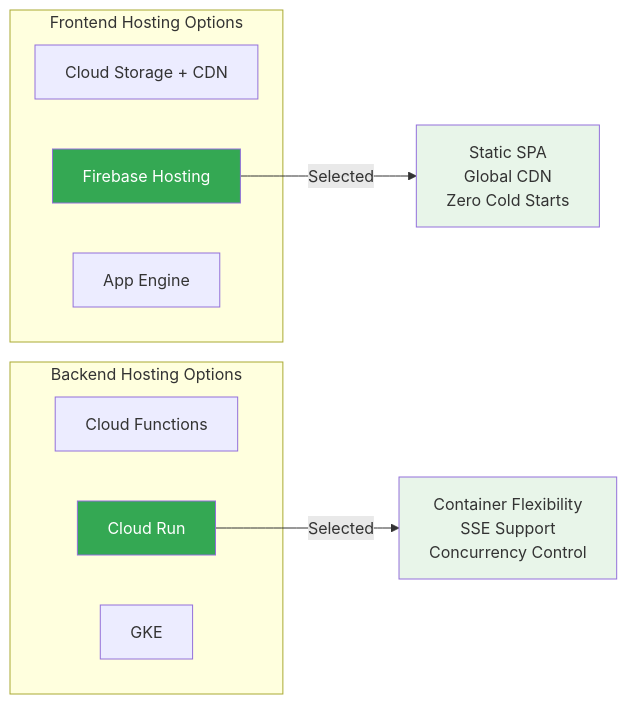
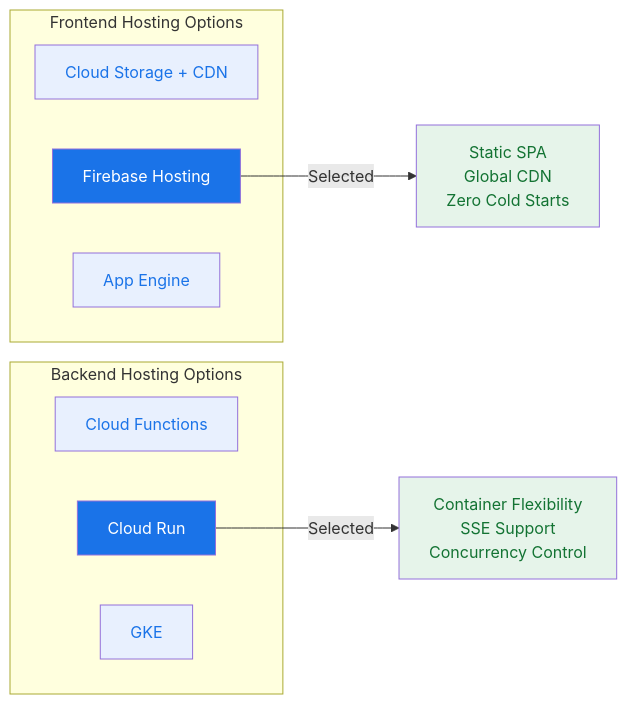
Before and after one commit to gadekar-pravin/InsightAgent: the second of 23 diagrams in ARCHITECTURE.md, drawn with Mermaid. The commit also changed other lines of this file, not shown here.

First line of the commit message:
Implement consistent color theme for all Mermaid diagrams

````diff
--- a/ARCHITECTURE.md
+++ b/ARCHITECTURE.md
@@ -86,22 +102,26 @@
 ```mermaid
 flowchart LR
     subgraph "Frontend Hosting Options"
         A[Cloud Storage + CDN]
         B[Firebase Hosting]
         C[App Engine]
     end
 
     subgraph "Backend Hosting Options"
         D[Cloud Functions]
         E[Cloud Run]
         F[GKE]
     end
 
     B -->|Selected| FRONTEND[Static SPA<br/>Global CDN<br/>Zero Cold Starts]
     E -->|Selected| BACKEND[Container Flexibility<br/>SSE Support<br/>Concurrency Control]
 
-    style B fill:#34A853,color:#fff
-    style E fill:#34A853,color:#fff
-    style FRONTEND fill:#E8F5E9
-    style BACKEND fill:#E8F5E9
+    style A fill:#E8F0FE,color:#1A73E8
+    style B fill:#1A73E8,color:#fff
+    style C fill:#E8F0FE,color:#1A73E8
+    style D fill:#E8F0FE,color:#1A73E8
+    style E fill:#1A73E8,color:#fff
+    style F fill:#E8F0FE,color:#1A73E8
+    style FRONTEND fill:#E6F4EA,color:#137333
+    style BACKEND fill:#E6F4EA,color:#137333
 ```
````
